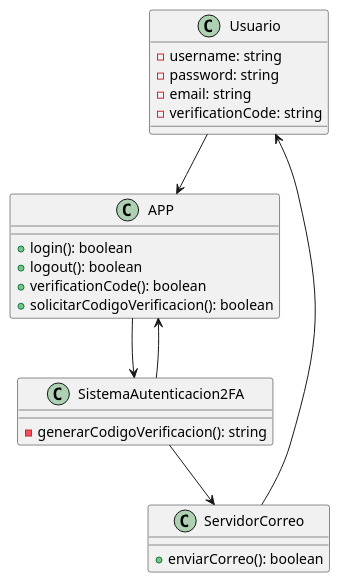
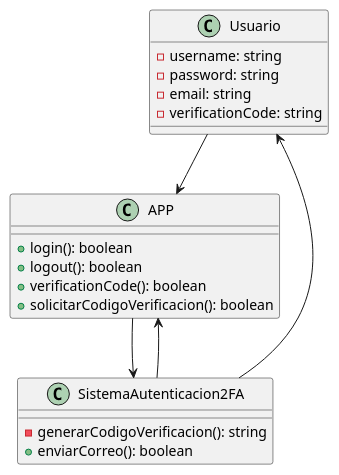
Before and after one commit to Ollyxs/AuthMe: the diagram in docs/diagrama_de_clase.puml, drawn with PlantUML. The commit also changed 1 other file, not shown here.

Commit message:
fix #6 and #7: diagrams

```diff
--- a/docs/diagrama_de_clase.puml
+++ b/docs/diagrama_de_clase.puml
@@ -1,32 +1,28 @@
 @startuml
 class Usuario {
   -username: string
   -password: string
   -email: string
   -verificationCode: string
 }
 
 class APP{
   +login(): boolean
   +logout(): boolean
   +verificationCode(): boolean 
   +solicitarCodigoVerificacion(): boolean
 
   }
 
 class SistemaAutenticacion2FA {
   -generarCodigoVerificacion(): string
-}
-
-class ServidorCorreo {
   +enviarCorreo(): boolean
 }
 
 Usuario --> APP
 APP --> SistemaAutenticacion2FA
-SistemaAutenticacion2FA --> ServidorCorreo
 SistemaAutenticacion2FA --> APP
-ServidorCorreo --> Usuario
+SistemaAutenticacion2FA --> Usuario
 
 
 @enduml
```
